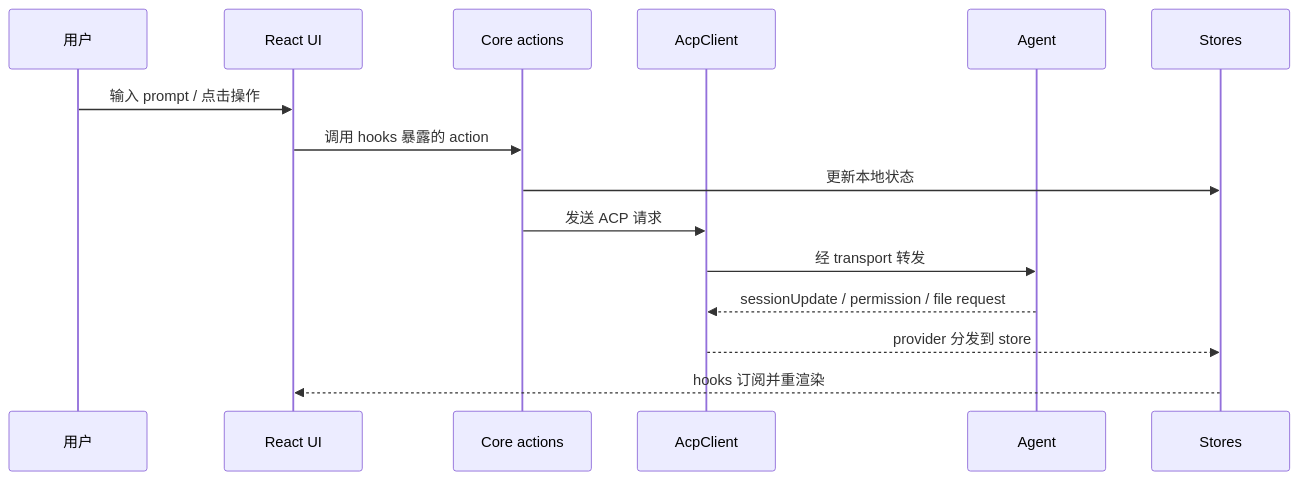
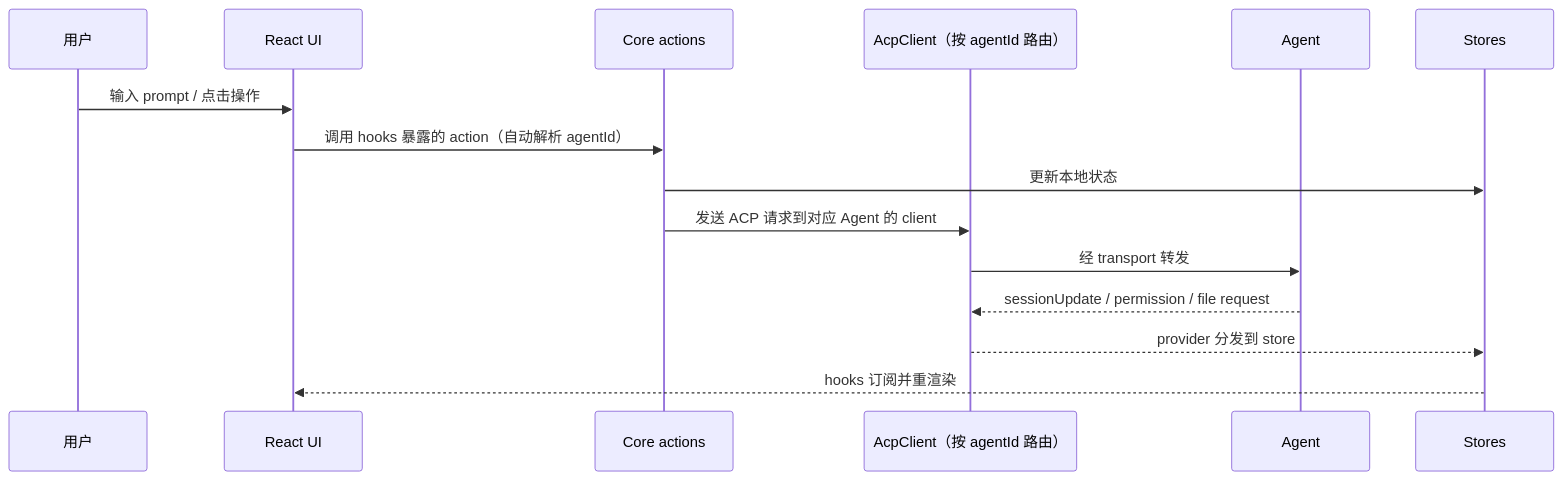
The second of 2 diagrams in docs/ARCHITECTURE.md (zvzuola/acp-components), drawn with Mermaid before and after one commit. The commit also changed other lines of this file and 4 other files, not shown here.

````diff
--- a/docs/ARCHITECTURE.md
+++ b/docs/ARCHITECTURE.md
@@ -118,18 +154,18 @@
 ```mermaid
 sequenceDiagram
   participant U as 用户
   participant UI as React UI
   participant A as Core actions
-  participant C as AcpClient
+  participant C as AcpClient（按 agentId 路由）
   participant G as Agent
   participant S as Stores
 
   U->>UI: 输入 prompt / 点击操作
-  UI->>A: 调用 hooks 暴露的 action
+  UI->>A: 调用 hooks 暴露的 action（自动解析 agentId）
   A->>S: 更新本地状态
-  A->>C: 发送 ACP 请求
+  A->>C: 发送 ACP 请求到对应 Agent 的 client
   C->>G: 经 transport 转发
   G-->>C: sessionUpdate / permission / file request
   C-->>S: provider 分发到 store
   S-->>UI: hooks 订阅并重渲染
 ```
````
